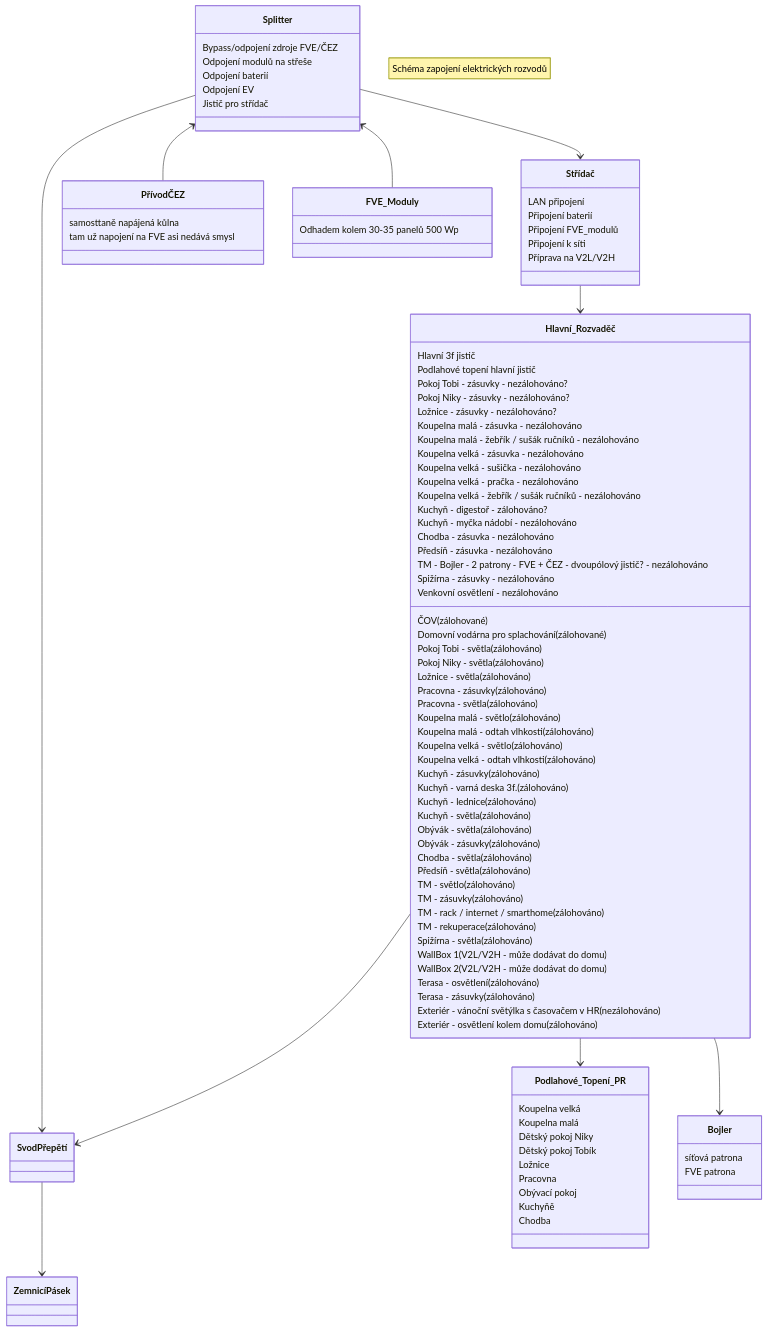
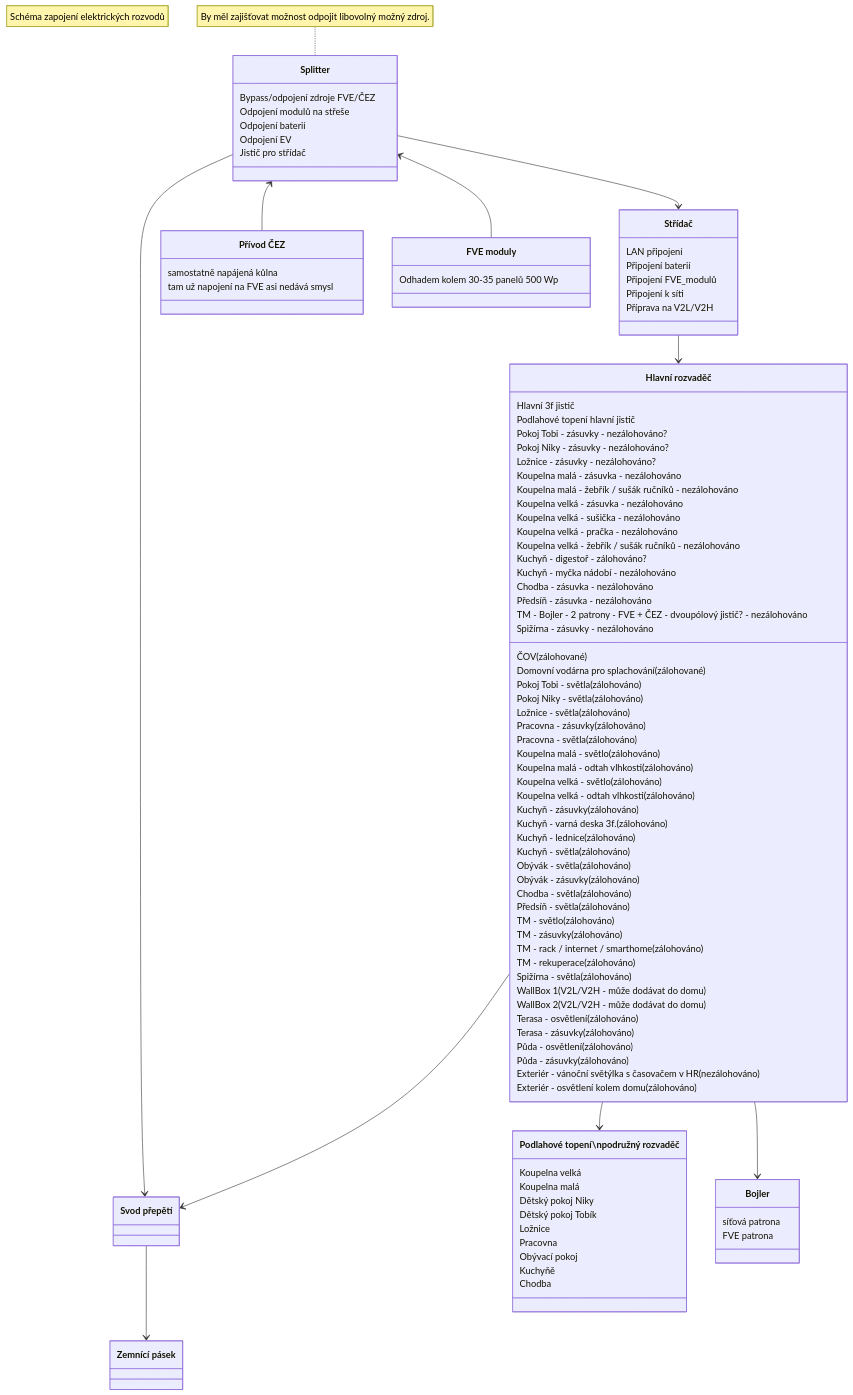
The first of 2 diagrams in Elektrika.md (mtrakal/smrci), drawn with Mermaid before and after one commit. The commit also changed 1 other file, not shown here.

Commit message:
Půda elektro, dražice odkaz

```diff
--- a/Elektrika.md
+++ b/Elektrika.md
@@ -40,16 +40,16 @@
   note "Schéma zapojení elektrických rozvodů"
   
   SvodPřepětí --> ZemnicíPásek
-  Hlavní_Rozvaděč --> SvodPřepětí
+  HlavníRozvaděč --> SvodPřepětí
   Splitter --> SvodPřepětí
   Splitter <-- PřívodČEZ
-  Splitter <-- FVE_Moduly
+  Splitter <-- FveModuly
   Splitter --> Střídač
-  Střídač --> Hlavní_Rozvaděč
-  Hlavní_Rozvaděč --> Podlahové_Topení_PR
-  Hlavní_Rozvaděč --> Bojler
+  Střídač --> HlavníRozvaděč
+  HlavníRozvaděč --> PodlahovéTopeníPR
+  HlavníRozvaděč --> Bojler
   
-  class Hlavní_Rozvaděč {
+  class HlavníRozvaděč["Hlavní rozvaděč"] {
     Hlavní 3f jistič
     Podlahové topení hlavní jistič
     
@@ -108,25 +108,26 @@
     WallBox 1 (V2L/V2H - může dodávat do domu)
     WallBox 2 (V2L/V2H - může dodávat do domu)
     
-    Venkovní osvětlení - nezálohováno
-    
     Terasa - osvětlení (zálohováno)
     Terasa - zásuvky (zálohováno)
     
+    Půda - osvětlení (zálohováno)
+    Půda - zásuvky (zálohováno)
+    
     Exteriér - vánoční světýlka s časovačem v HR (nezálohováno) 
-    Exteriér - osvětlení kolem domu (zálohováno) 
+    Exteriér - osvětlení kolem domu (zálohováno)
   }
   
-  class ZemnicíPásek
+  class ZemnicíPásek["Zemnící pásek"]
 
-  class PřívodČEZ {
-      samosttaně napájená kůlna
+  class PřívodČEZ["Přívod ČEZ"] {
+      samostatně napájená kůlna
       tam už napojení na FVE asi nedává smysl
   }
 
-  class SvodPřepětí
+  class SvodPřepětí["Svod přepětí"]
 
-  class FVE_Moduly {
+  class FveModuly["FVE moduly"] {
       Odhadem kolem 30-35 panelů 500 Wp
   }
   
@@ -138,8 +139,8 @@
       Příprava na V2L/V2H
   }
 
+  note for Splitter "By měl zajišťovat možnost odpojit libovolný možný zdroj." 
   class Splitter {
-  %% By měl zajišťovat možnost odpojit libovolný možný zdroj.
     Bypass/odpojení zdroje FVE/ČEZ
     Odpojení modulů na střeše
     Odpojení baterií
@@ -152,7 +153,7 @@
     FVE patrona
   }
 
-  class Podlahové_Topení_PR {
+  class PodlahovéTopeníPR["Podlahové topení\npodružný rozvaděč"] {
     Koupelna velká
     Koupelna malá
     Dětský pokoj Niky
```
